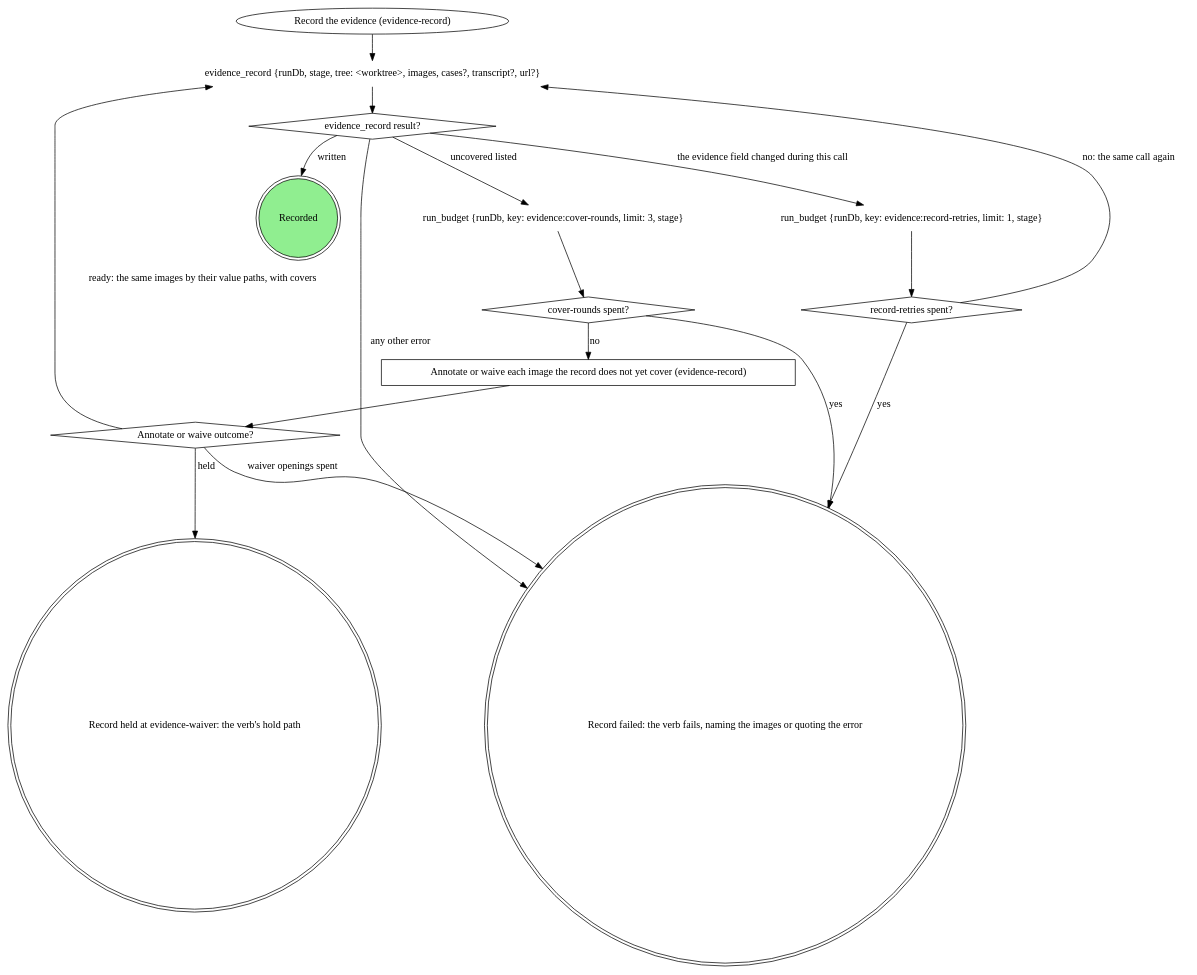
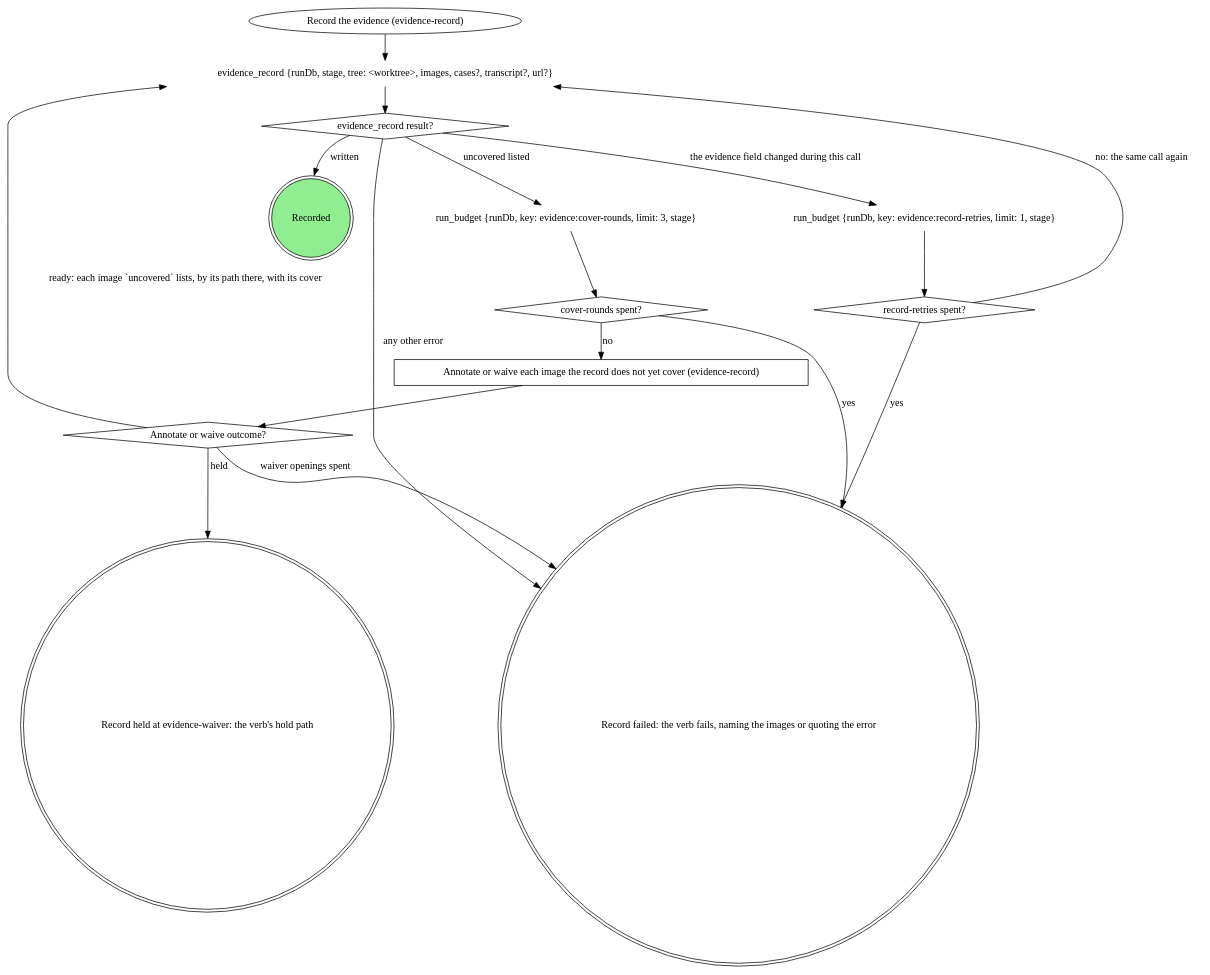
One commit to m4ttstack/mattstack changed the first of 3 diagrams in plugins/mattstack/attachments/evidence-record/SKILL.md. Above: the diagram before and after it, drawn with Graphviz. The commit also changed other lines of this file and 4 other files, not shown here.

````diff
--- a/plugins/mattstack/attachments/evidence-record/SKILL.md
+++ b/plugins/mattstack/attachments/evidence-record/SKILL.md
@@ -35,31 +36,31 @@
 ```dot
 digraph record_evidence {
     "Record the evidence (evidence-record)" [shape=ellipse];
     "evidence_record {runDb, stage, tree: <worktree>, images, cases?, transcript?, url?}" [shape=plaintext];
     "evidence_record result?" [shape=diamond];
     "run_budget {runDb, key: evidence:cover-rounds, limit: 3, stage}" [shape=plaintext];
     "cover-rounds spent?" [shape=diamond];
     "Annotate or waive each image the record does not yet cover (evidence-record)" [shape=box];
     "Annotate or waive outcome?" [shape=diamond];
     "run_budget {runDb, key: evidence:record-retries, limit: 1, stage}" [shape=plaintext];
     "record-retries spent?" [shape=diamond];
     "Recorded" [shape=doublecircle style=filled fillcolor=lightgreen];
     "Record held at evidence-waiver: the verb's hold path" [shape=doublecircle];
     "Record failed: the verb fails, naming the images or quoting the error" [shape=doublecircle];
 
     "Record the evidence (evidence-record)" -> "evidence_record {runDb, stage, tree: <worktree>, images, cases?, transcript?, url?}" -> "evidence_record result?";
     "evidence_record result?" -> "Recorded" [label="written"];
     "evidence_record result?" -> "run_budget {runDb, key: evidence:cover-rounds, limit: 3, stage}" [label="uncovered listed"];
     "evidence_record result?" -> "run_budget {runDb, key: evidence:record-retries, limit: 1, stage}" [label="the evidence field changed during this call"];
     "evidence_record result?" -> "Record failed: the verb fails, naming the images or quoting the error" [label="any other error"];
     "run_budget {runDb, key: evidence:cover-rounds, limit: 3, stage}" -> "cover-rounds spent?";
     "cover-rounds spent?" -> "Annotate or waive each image the record does not yet cover (evidence-record)" [label="no"];
     "Annotate or waive each image the record does not yet cover (evidence-record)" -> "Annotate or waive outcome?";
-    "Annotate or waive outcome?" -> "evidence_record {runDb, stage, tree: <worktree>, images, cases?, transcript?, url?}" [label="ready: the same images by their value paths, with covers"];
+    "Annotate or waive outcome?" -> "evidence_record {runDb, stage, tree: <worktree>, images, cases?, transcript?, url?}" [label="ready: each image `uncovered` lists, by its path there, with its cover"];
     "Annotate or waive outcome?" -> "Record held at evidence-waiver: the verb's hold path" [label="held"];
     "Annotate or waive outcome?" -> "Record failed: the verb fails, naming the images or quoting the error" [label="waiver openings spent"];
     "run_budget {runDb, key: evidence:record-retries, limit: 1, stage}" -> "record-retries spent?";
     "record-retries spent?" -> "evidence_record {runDb, stage, tree: <worktree>, images, cases?, transcript?, url?}" [label="no: the same call again"];
     {"cover-rounds spent?" "record-retries spent?"} -> "Record failed: the verb fails, naming the images or quoting the error" [label="yes"];
 }
 ```
````
